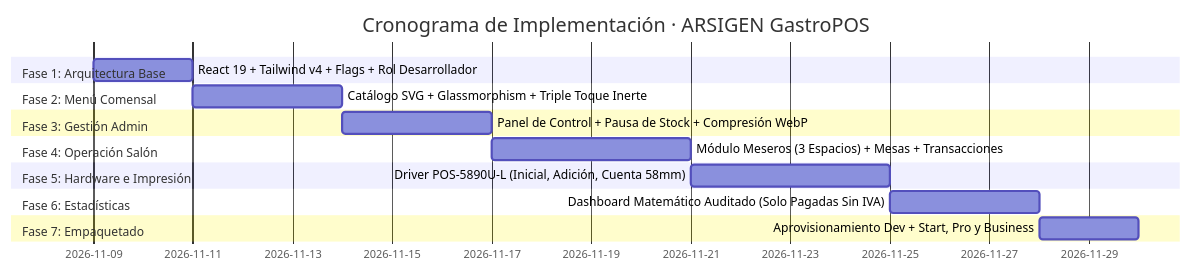
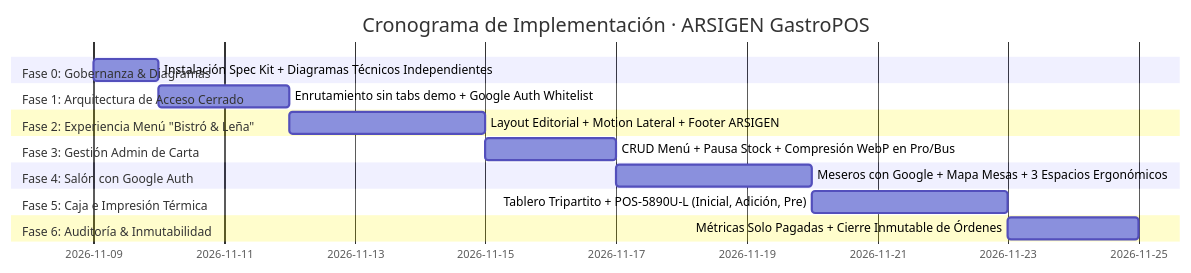
One commit to caro11josue-hub/Plantilla-Arsigen changed the diagram in 5_ROADMAP.md. Above: the diagram before and after it, drawn with Mermaid. The commit also changed other lines of this file and 39 other files, not shown here.

Commit message:
feat(arch): implement closed software model, Google Auth whitelist, and Bistró & Leña branding

````diff
--- a/5_ROADMAP.md
+++ b/5_ROADMAP.md
@@ -26,19 +29,19 @@
 ```mermaid
 gantt
     title Cronograma de Implementación · ARSIGEN GastroPOS
     dateFormat  YYYY-MM-DD
-    section Fase 1: Arquitectura Base
-    React 19 + Tailwind v4 + Flags + Rol Desarrollador :f1, 2026-11-09, 2d
-    section Fase 2: Menú Comensal
-    Catálogo SVG + Glassmorphism + Triple Toque Inerte :f2, after f1, 3d
-    section Fase 3: Gestión Admin
-    Panel de Control + Pausa de Stock + Compresión WebP:f3, after f2, 3d
-    section Fase 4: Operación Salón
-    Módulo Meseros (3 Espacios) + Mesas + Transacciones:f4, after f3, 4d
-    section Fase 5: Hardware e Impresión
-    Driver POS-5890U-L (Inicial, Adición, Cuenta 58mm) :f5, after f4, 4d
-    section Fase 6: Estadísticas
-    Dashboard Matemático Auditado (Solo Pagadas Sin IVA):f6, after f5, 3d
-    section Fase 7: Empaquetado
-    Aprovisionamiento Dev + Start, Pro y Business      :f7, after f6, 2d
+    section Fase 0: Gobernanza & Diagramas
+    Instalación Spec Kit + Diagramas Técnicos Independientes :f0, 2026-11-09, 1d
+    section Fase 1: Arquitectura de Acceso Cerrado
+    Enrutamiento sin tabs demo + Google Auth Whitelist       :f1, after f0, 2d
+    section Fase 2: Experiencia Menú "Bistró & Leña"
+    Layout Editorial + Motion Lateral + Footer ARSIGEN      :f2, after f1, 3d
+    section Fase 3: Gestión Admin de Carta
+    CRUD Menú + Pausa Stock + Compresión WebP en Pro/Bus    :f3, after f2, 2d
+    section Fase 4: Salón con Google Auth
+    Meseros con Google + Mapa Mesas + 3 Espacios Ergonómicos:f4, after f3, 3d
+    section Fase 5: Caja e Impresión Térmica
+    Tablero Tripartito + POS-5890U-L (Inicial, Adición, Pre):f5, after f4, 3d
+    section Fase 6: Auditoría & Inmutabilidad
+    Métricas Solo Pagadas + Cierre Inmutable de Órdenes     :f6, after f5, 2d
 ```
````
